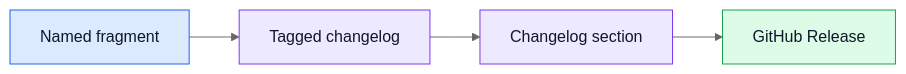
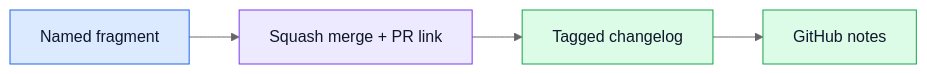
One commit to gaborbernat/release-creator changed the diagram in docs/tutorial/first-release.rst. Above: the diagram before and after it, drawn with Mermaid (neutral theme). The commit also changed other lines of this file and 88 other files, not shown here.

```diff
--- a/docs/tutorial/first-release.rst
+++ b/docs/tutorial/first-release.rst
@@ -8,15 +8,15 @@
 .. mermaid::
-    :alt: A named fragment becomes a tagged changelog section, which with GitHub's generated notes forms the release.
+    :alt: A named fragment passes through a squash merge, pull request linking, and Towncrier before becoming GitHub Release notes.
     :caption: The release path
     :align: center
 
     flowchart LR
-       fragment["Named fragment"] --> changelog["Tagged changelog"]
-       changelog --> notes["Changelog section"]
-       notes --> release["GitHub Release"]
+       fragment["Named fragment"] --> link["Squash merge + PR link"]
+       link --> changelog["Tagged changelog"]
+       changelog --> notes["GitHub notes"]
        classDef source fill:#dbeafe,stroke:#2563eb,color:#0f172a;
        classDef step fill:#ede9fe,stroke:#7c3aed,color:#0f172a;
        classDef result fill:#dcfce7,stroke:#16a34a,color:#0f172a;
        class fragment source;
-       class changelog,notes step;
-       class release result;
+       class link step;
+       class changelog,notes result;
```
